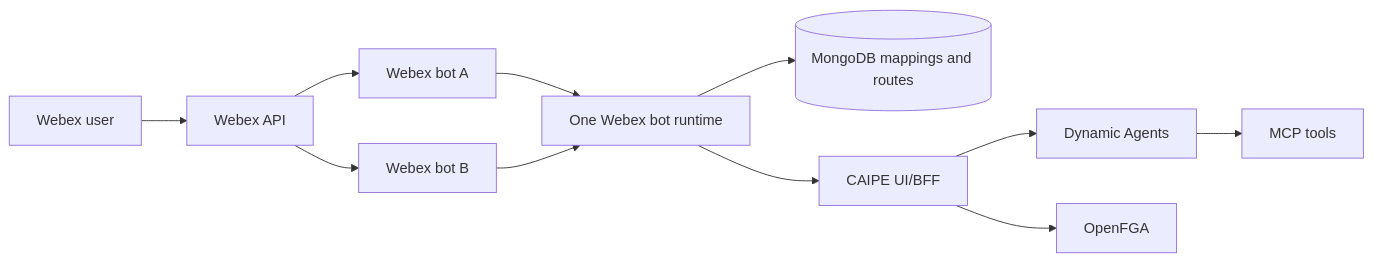
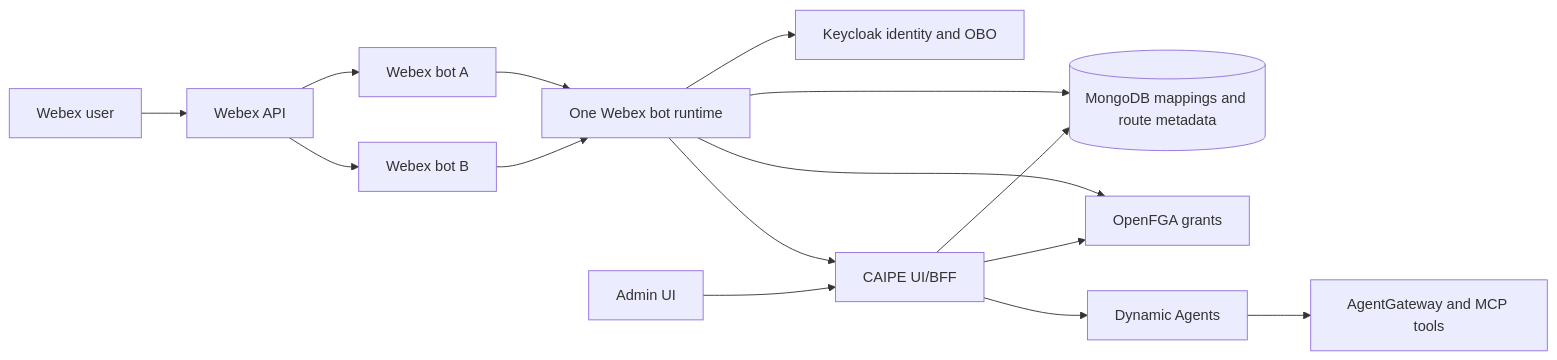
The first of 2 diagrams in docs/docs/integrations/webex-bot.md (cnoe-io/ai-platform-engineering), drawn with Mermaid before and after one commit. The commit also changed other lines of this file and 2 other files, not shown here.

````diff
--- a/docs/docs/integrations/webex-bot.md
+++ b/docs/docs/integrations/webex-bot.md
@@ -13,13 +13,17 @@
 ```mermaid
 flowchart LR
   U[Webex user] --> W[Webex API]
   W --> A[Webex bot A]
   W --> B[Webex bot B]
   A --> R[One Webex bot runtime]
   B --> R
-  R --> M[(MongoDB mappings and routes)]
+  R --> K[Keycloak identity and OBO]
+  R --> M[(MongoDB mappings and route metadata)]
+  R --> F[OpenFGA grants]
   R --> UI[CAIPE UI/BFF]
   UI --> DA[Dynamic Agents]
-  DA --> MCP[MCP tools]
-  UI --> F[OpenFGA]
+  DA --> AG[AgentGateway and MCP tools]
+  Admin[Admin UI] --> UI
+  UI --> M
+  UI --> F
 ```
````
